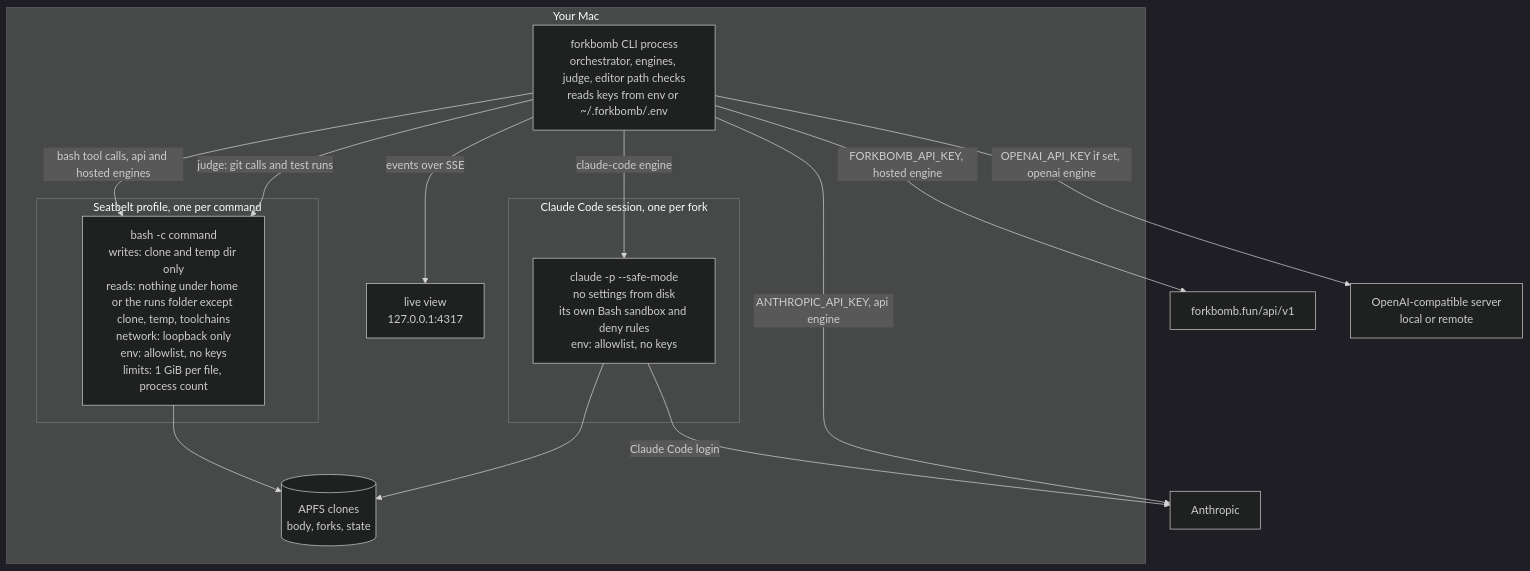
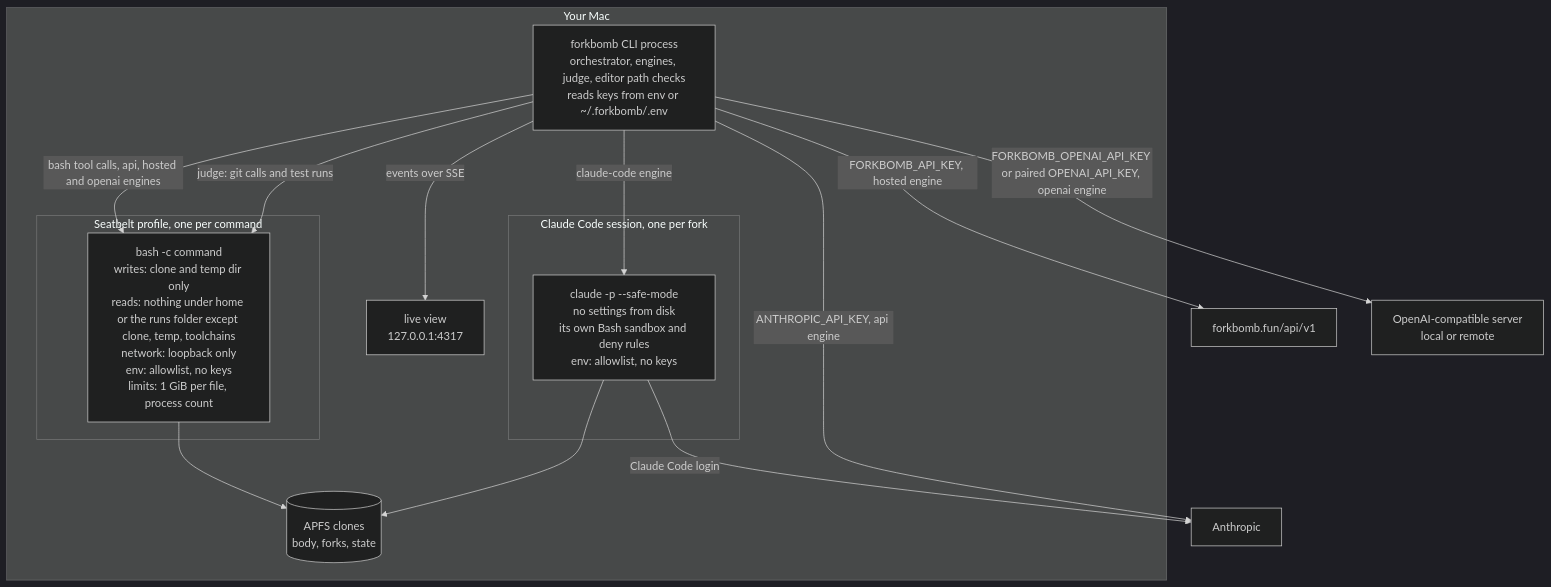
Before and after one commit to plvgger/forkbomb: the second of 3 diagrams in docs/ARCHITECTURE.md, drawn with Mermaid (dark theme). The commit also changed other lines of this file and 1 other file, not shown here.

First line of the commit message:
Docs: openai engine key routing, tool-call errors and the port wall

````diff
--- a/docs/ARCHITECTURE.md
+++ b/docs/ARCHITECTURE.md
@@ -257,27 +261,27 @@
 ```mermaid
 flowchart TB
     subgraph mac["Your Mac"]
         cli["forkbomb CLI process<br/>orchestrator, engines, judge, editor path checks<br/>reads keys from env or ~/.forkbomb/.env"]
         subgraph seatbelt["Seatbelt profile, one per command"]
             sh["bash -c command<br/>writes: clone and temp dir only<br/>reads: nothing under home or the runs folder except clone, temp, toolchains<br/>network: loopback only<br/>env: allowlist, no keys<br/>limits: 1 GiB per file, process count"]
         end
         subgraph claude["Claude Code session, one per fork"]
             cc["claude -p --safe-mode<br/>no settings from disk<br/>its own Bash sandbox and deny rules<br/>env: allowlist, no keys"]
         end
         disk[("APFS clones<br/>body, forks, state")]
         ui["live view<br/>127.0.0.1:4317"]
     end
     anthropic["Anthropic"]
     gateway["forkbomb.fun/api/v1"]
     oaserver["OpenAI-compatible server<br/>local or remote"]
-    cli -->|"bash tool calls, api and hosted engines"| sh
+    cli -->|"bash tool calls, api, hosted and openai engines"| sh
     cli -->|"judge: git calls and test runs"| sh
     cli -->|"claude-code engine"| cc
     sh --> disk
     cc --> disk
     cc -->|"Claude Code login"| anthropic
     cli -->|"ANTHROPIC_API_KEY, api engine"| anthropic
     cli -->|"FORKBOMB_API_KEY, hosted engine"| gateway
-    cli -->|"OPENAI_API_KEY if set, openai engine"| oaserver
+    cli -->|"FORKBOMB_OPENAI_API_KEY or paired OPENAI_API_KEY, openai engine"| oaserver
     cli -->|"events over SSE"| ui
 ```
````
